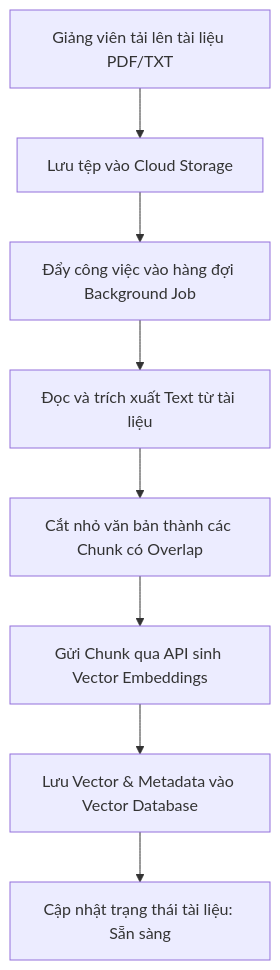
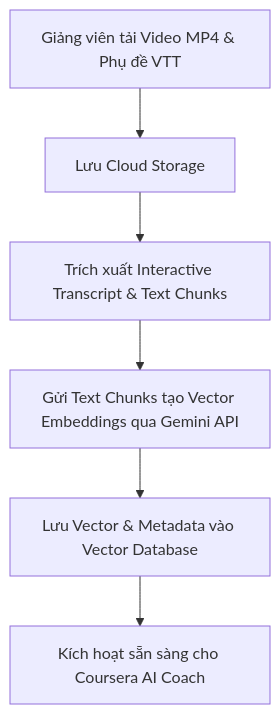
Before and after one commit to tianshi04/lms-ai-study-assistant: the diagram in docs/03_dac_ta_chuc_nang.md, drawn with Mermaid. The commit also changed other lines of this file and 4 other files, not shown here.

````diff
--- a/docs/03_dac_ta_chuc_nang.md
+++ b/docs/03_dac_ta_chuc_nang.md
@@ -58,10 +51,8 @@
 ```mermaid
 flowchart TD
-    A[Giảng viên tải lên tài liệu PDF/TXT] --> B[Lưu tệp vào Cloud Storage]
-    B --> C[Đẩy công việc vào hàng đợi Background Job]
-    C --> D[Đọc và trích xuất Text từ tài liệu]
-    D --> E[Cắt nhỏ văn bản thành các Chunk có Overlap]
-    E --> F[Gửi Chunk qua API sinh Vector Embeddings]
-    F --> G[Lưu Vector & Metadata vào Vector Database]
-    G --> H[Cập nhật trạng thái tài liệu: Sẵn sàng]
+    A[Giảng viên tải Video MP4 & Phụ đề VTT] --> B[Lưu Cloud Storage]
+    B --> C[Trích xuất Interactive Transcript & Text Chunks]
+    C --> D[Gửi Text Chunks tạo Vector Embeddings qua Gemini API]
+    D --> E[Lưu Vector & Metadata vào Vector Database]
+    E --> F[Kích hoạt sẵn sàng cho Coursera AI Coach]
 ```
````
